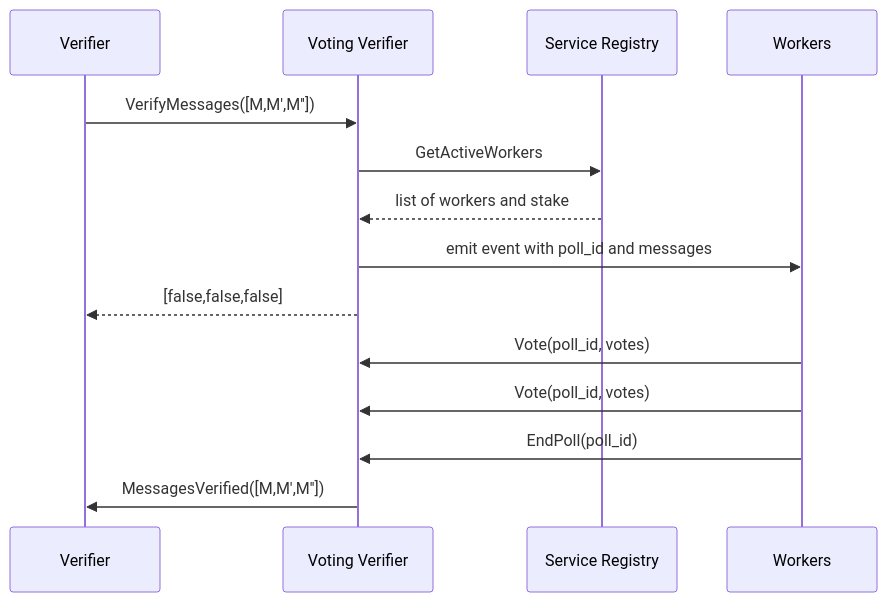
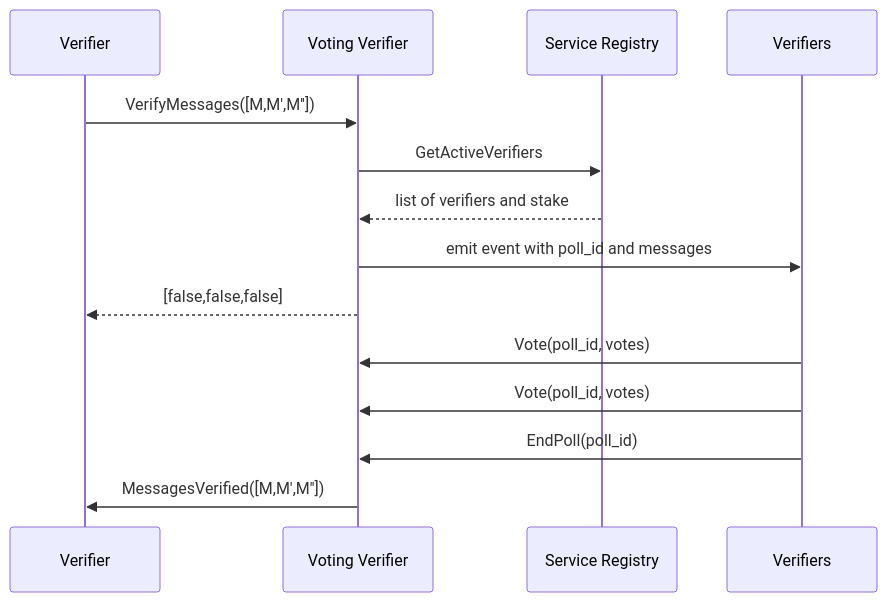
The second of 2 diagrams in doc/src/contracts/voting_verifier.md (axelarnetwork/axelar-amplifier), drawn with Mermaid before and after one commit. The commit also changed other lines of this file and 3 other files, not shown here.

````diff
--- a/doc/src/contracts/voting_verifier.md
+++ b/doc/src/contracts/voting_verifier.md
@@ -39,23 +41,23 @@
 ```mermaid
 sequenceDiagram
 participant Verifier
 participant Voting Verifier
 participant Service Registry
-participant OC as Workers
+participant OC as Verifiers
 
 
 Verifier->>Voting Verifier: VerifyMessages([M,M',M''])
 
-Voting Verifier->>Service Registry: GetActiveWorkers
-Service Registry-->>Voting Verifier: list of workers and stake
+Voting Verifier->>Service Registry: GetActiveVerifiers
+Service Registry-->>Voting Verifier: list of verifiers and stake
 Voting Verifier->>OC: emit event with poll_id and messages
 Voting Verifier-->>Verifier: [false,false,false]
 
 OC->>Voting Verifier: Vote(poll_id, votes)
 OC->>Voting Verifier: Vote(poll_id, votes)
 
 OC->>Voting Verifier: EndPoll(poll_id)
 Voting Verifier->>Verifier: MessagesVerified([M,M',M''])
 
 
 ```
````
